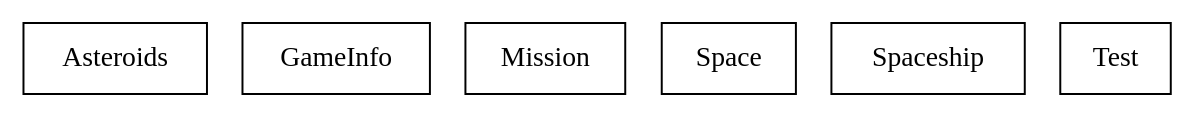
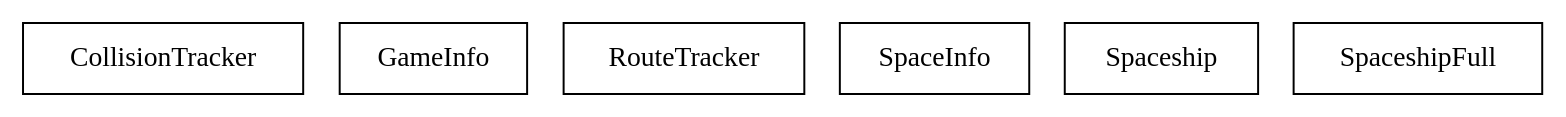
One commit to moizalicious/little-rocket-man changed the diagram in bdp/little_rocket_man.dot. Above: the diagram before and after it, drawn with Graphviz. The commit also changed 26 other files, not shown here.

```diff
--- a/bdp/little_rocket_man.dot
+++ b/bdp/little_rocket_man.dot
@@ -1,9 +1,9 @@
 digraph {
-Asteroids [ label=" Asteroids " shape= box ]
+CollisionTracker [ label=" CollisionTracker " shape= box ]
 GameInfo [ label=" GameInfo " shape= box ]
-Mission [ label=" Mission " shape= box ]
-Space [ label=" Space " shape= box ]
+RouteTracker [ label=" RouteTracker " shape= box ]
+SpaceInfo [ label=" SpaceInfo " shape= box ]
 Spaceship [ label=" Spaceship " shape= box ]
-Test [ label=" Test " shape= box ]
+SpaceshipFull [ label=" SpaceshipFull " shape= box ]
 
 }
```
